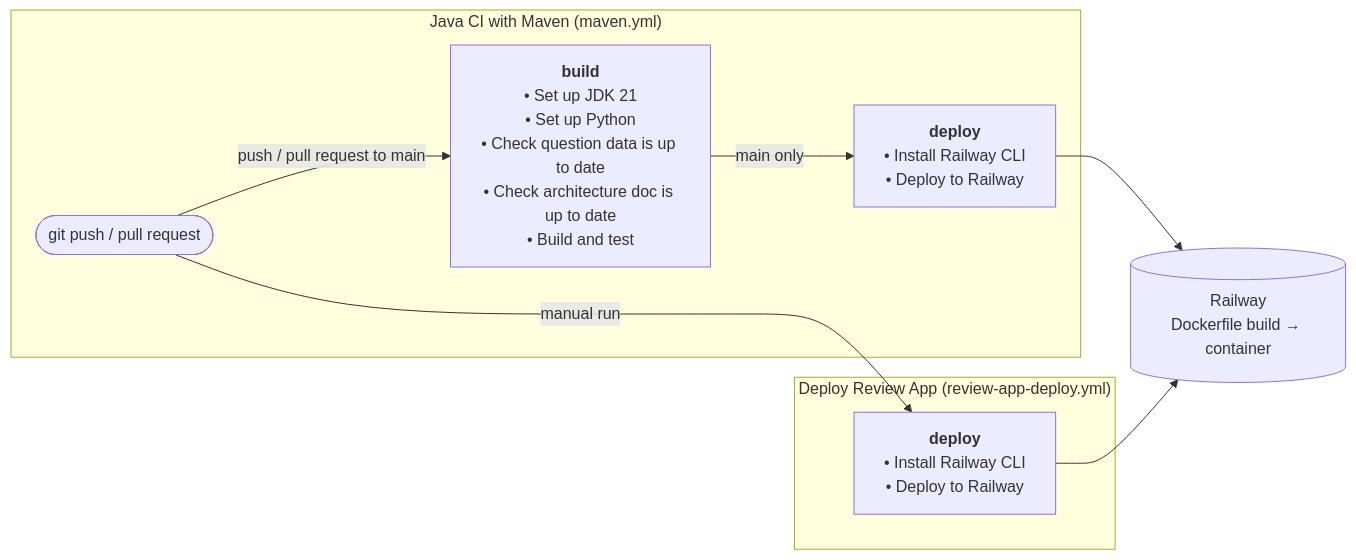
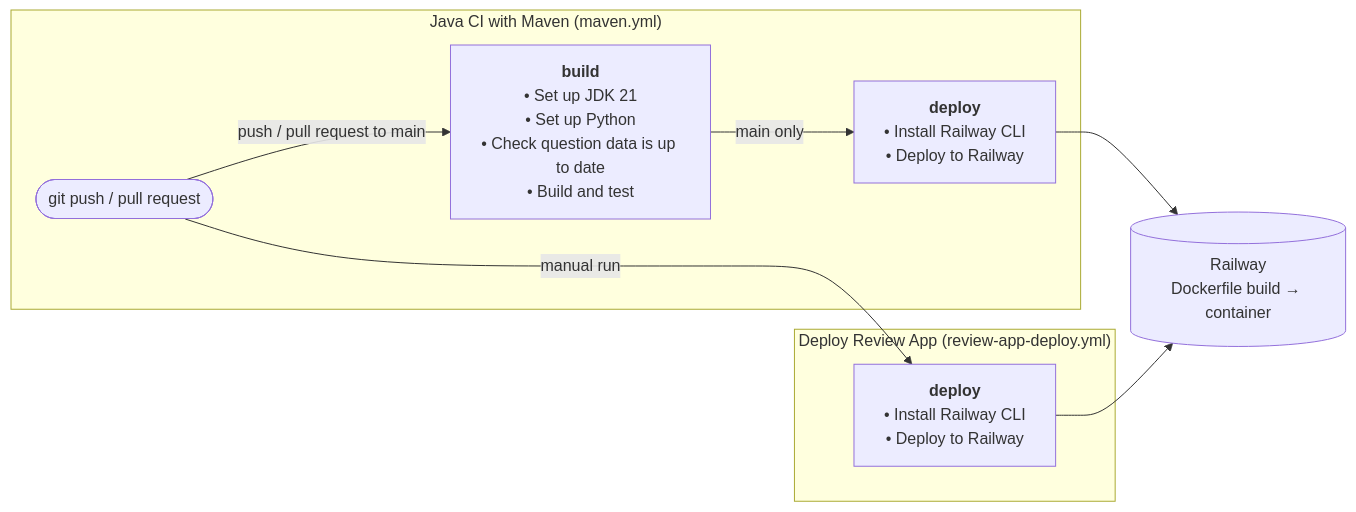
The eighth of 9 diagrams in docs/ARCHITECTURE.md (vinaynesta/QuizVerse), drawn with Mermaid before and after one commit. The commit also changed other lines of this file and 677 other files, not shown here.

````diff
--- a/docs/ARCHITECTURE.md
+++ b/docs/ARCHITECTURE.md
@@ -506,17 +704,17 @@
 ```mermaid
 flowchart LR
     dev(["git push / pull request"])
     subgraph maven["Java CI with Maven (maven.yml)"]
-        maven_build["<b>build</b><br/>• Set up JDK 21<br/>• Set up Python<br/>• Check question data is up to date<br/>• Check architecture doc is up to date<br/>• Build and test"]
+        maven_build["<b>build</b><br/>• Set up JDK 21<br/>• Set up Python<br/>• Check question data is up to date<br/>• Build and test"]
     dev -->|push / pull request to main| maven_build
         maven_deploy["<b>deploy</b><br/>• Install Railway CLI<br/>• Deploy to Railway"]
         maven_build -->|main only| maven_deploy
     end
     maven_deploy --> railway
     subgraph review_app_deploy["Deploy Review App (review-app-deploy.yml)"]
         review_app_deploy_deploy["<b>deploy</b><br/>• Install Railway CLI<br/>• Deploy to Railway"]
     dev -->|manual run| review_app_deploy_deploy
     end
     review_app_deploy_deploy --> railway
     railway[("Railway<br/>Dockerfile build → container")]
 ```
````
